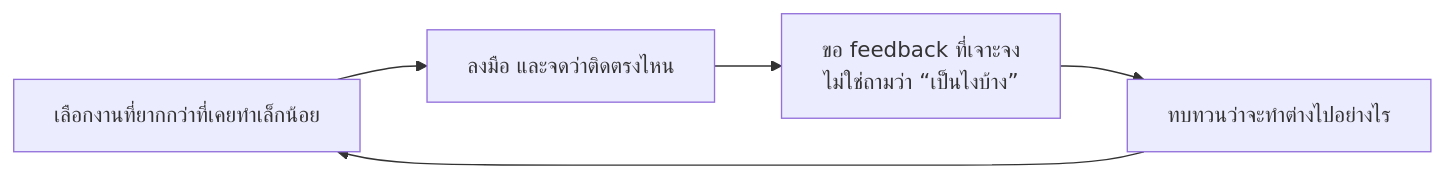
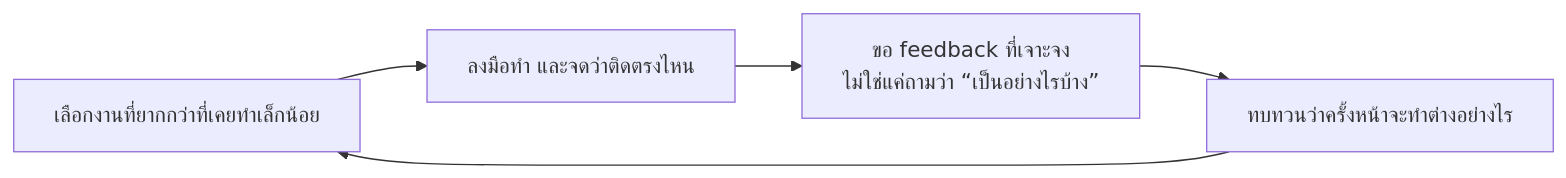
Before and after one commit to CE-SDPX/SDPX-AI: the eighth of 8 diagrams in readings/06-senior-software-engineer.md, drawn with Mermaid. The commit also changed other lines of this file and 6 other files, not shown here.

````diff
--- a/readings/06-senior-software-engineer.md
+++ b/readings/06-senior-software-engineer.md
@@ -362,7 +341,7 @@
 ```mermaid
 flowchart LR
-    C["เลือกงานที่ยากกว่าที่เคยทำเล็กน้อย"] --> D["ลงมือ และจดว่าติดตรงไหน"]
-    D --> F["ขอ feedback ที่เจาะจง<br/>ไม่ใช่ถามว่า “เป็นไงบ้าง”"]
-    F --> R["ทบทวนว่าจะทำต่างไปอย่างไร"]
+    C["เลือกงานที่ยากกว่าที่เคยทำเล็กน้อย"] --> D["ลงมือทำ และจดว่าติดตรงไหน"]
+    D --> F["ขอ feedback ที่เจาะจง<br/>ไม่ใช่แค่ถามว่า “เป็นอย่างไรบ้าง”"]
+    F --> R["ทบทวนว่าครั้งหน้าจะทำต่างอย่างไร"]
     R --> C
 ```
````
